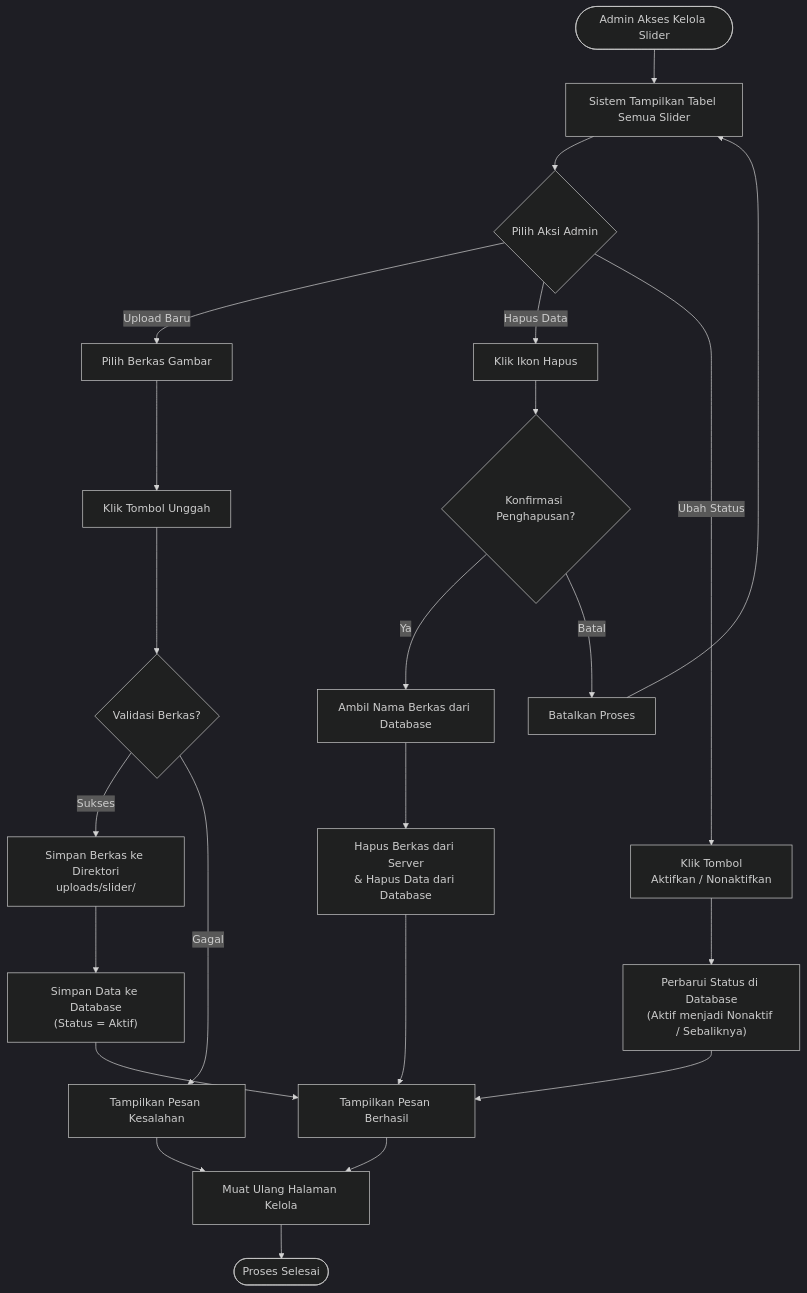
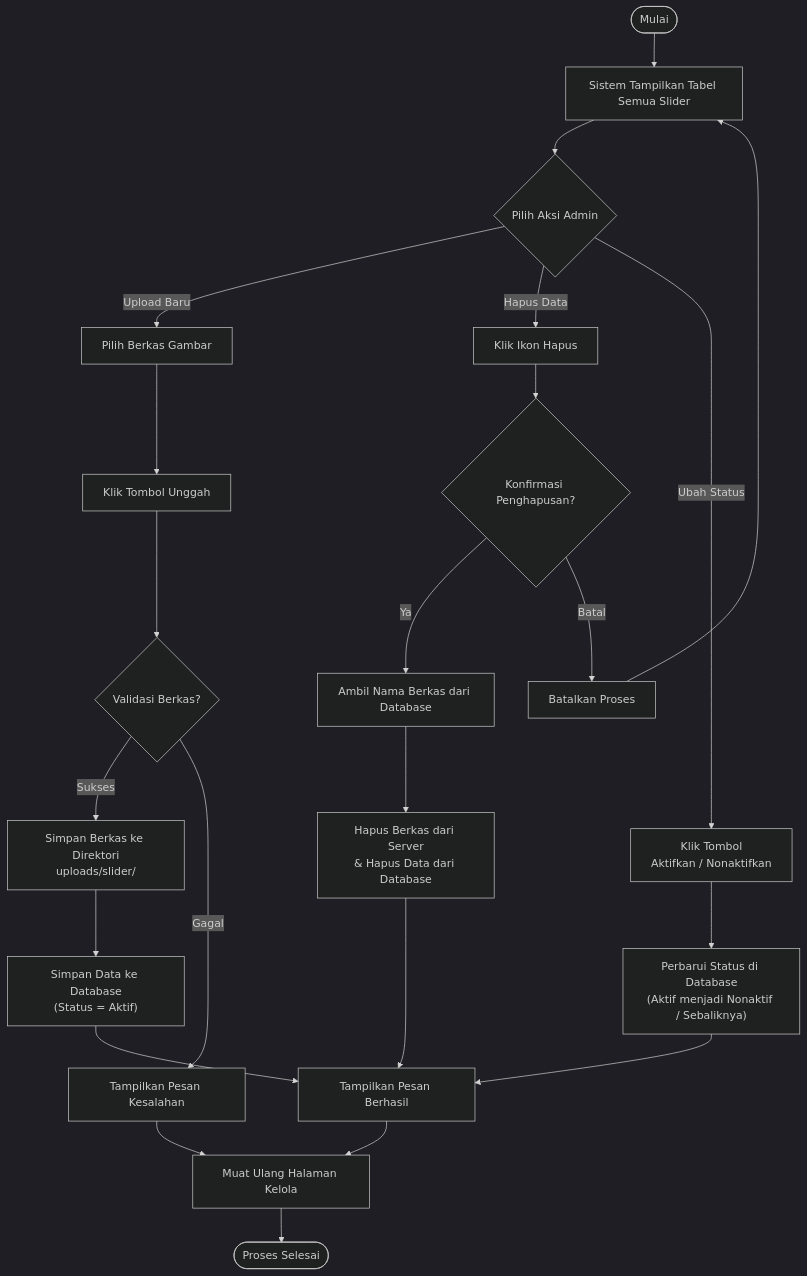
One commit to arbain-dev/Web_fikom changed the second of 2 diagrams in docs/activity_diagram_slider.md. Above: the diagram before and after it, drawn with Mermaid (dark theme). The commit also changed other lines of this file and 7 other files, not shown here.

Commit message:
docs: standarisasi semua awal flowchart diagram menjadi 'Mulai'

````diff
--- a/docs/activity_diagram_slider.md
+++ b/docs/activity_diagram_slider.md
@@ -45,33 +45,33 @@
 ```mermaid
 flowchart TD
-    Start(["Admin Akses Kelola Slider"]) --> ShowTable["Sistem Tampilkan Tabel Semua Slider"]
+    Mulai([Mulai]) --> ShowTable["Sistem Tampilkan Tabel Semua Slider"]
     
     ShowTable --> Action{"Pilih Aksi Admin"}
     
     %% Alur Upload / Tambah Baru
     Action -- "Upload Baru" --> SelectFile["Pilih Berkas Gambar"]
     SelectFile --> UploadSubmit["Klik Tombol Unggah"]
     UploadSubmit --> Validation{"Validasi Berkas?"}
     Validation -- "Sukses" --> CopyFile["Simpan Berkas ke Direktori<br>uploads/slider/"]
     CopyFile --> InsertDB["Simpan Data ke Database<br>(Status = Aktif)"]
     InsertDB --> NoticeSuccess["Tampilkan Pesan Berhasil"]
     Validation -- "Gagal" --> NoticeFail["Tampilkan Pesan Kesalahan"]
     
     %% Alur Hapus
     Action -- "Hapus Data" --> ClickDelete["Klik Ikon Hapus"]
     ClickDelete --> ConfirmDelete{"Konfirmasi Penghapusan?"}
     ConfirmDelete -- "Ya" --> FetchImage["Ambil Nama Berkas dari Database"]
     FetchImage --> Unlink["Hapus Berkas dari Server<br>& Hapus Data dari Database"]
     Unlink --> NoticeSuccess
     ConfirmDelete -- "Batal" --> CancelAction["Batalkan Proses"]
     
     %% Alur Ubah Status
     Action -- "Ubah Status" --> ClickToggle["Klik Tombol<br>Aktifkan / Nonaktifkan"]
     ClickToggle --> UpdateStatus["Perbarui Status di Database<br>(Aktif menjadi Nonaktif / Sebaliknya)"]
     UpdateStatus --> NoticeSuccess
     
     NoticeSuccess --> Refresh["Muat Ulang Halaman Kelola"]
     NoticeFail --> Refresh
     CancelAction --> ShowTable
     Refresh --> End(["Proses Selesai"])
 ```
````
